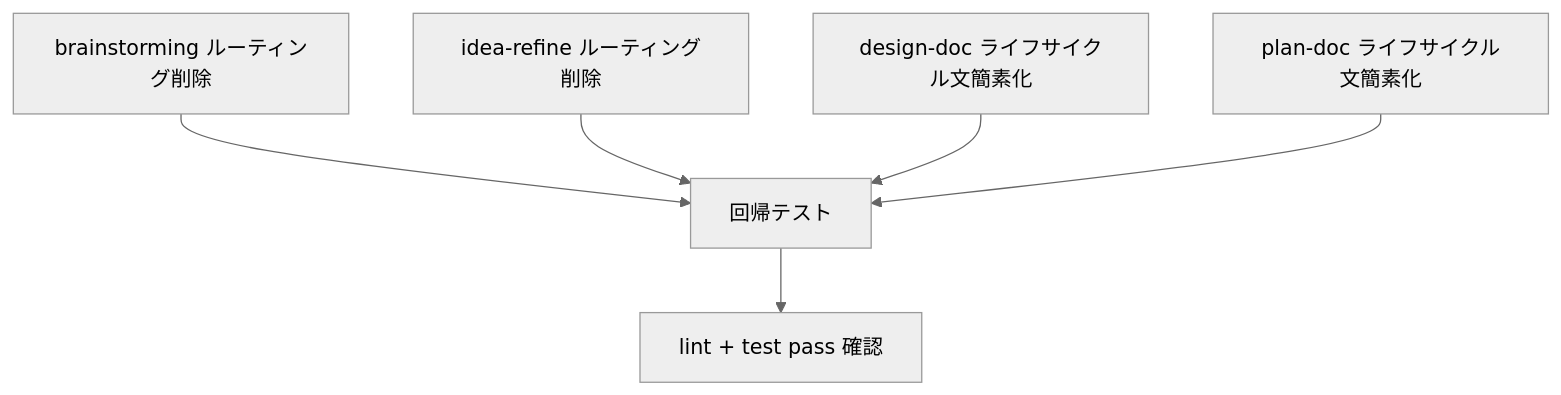
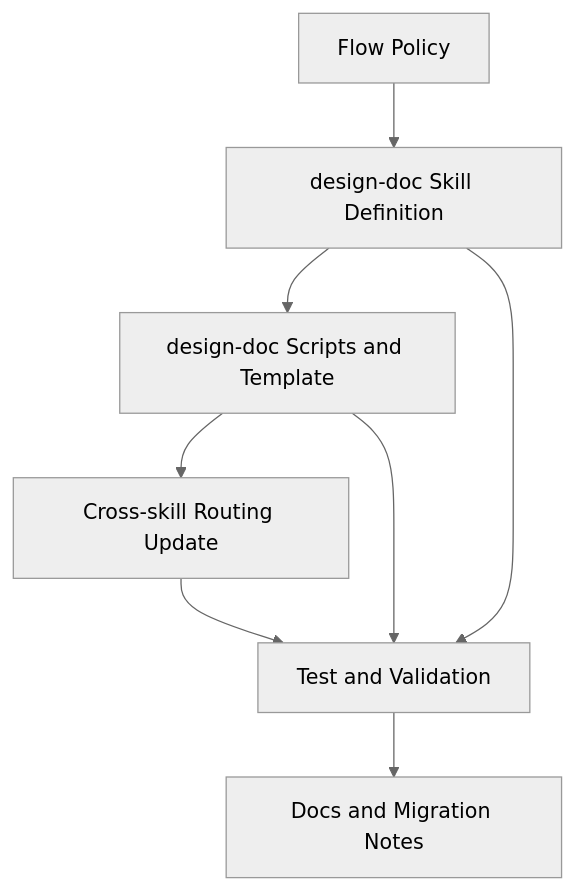
One commit to scarecrow173/apm-packages changed the diagram in packages/doc-driven-dev-apm/tasks/plan.md. Above: the diagram before and after it, drawn with Mermaid (neutral theme). The commit also changed other lines of this file and 44 other files, not shown here.

First line of the commit message:
feat(doc-driven-dev-apm): add implementation workflow skills and implementation-flow meta skill

````diff
--- a/packages/doc-driven-dev-apm/tasks/plan.md
+++ b/packages/doc-driven-dev-apm/tasks/plan.md
@@ -26,8 +22,10 @@
 ```mermaid
 graph TD
-  A[brainstorming ルーティング削除] --> E[回帰テスト]
-  B[idea-refine ルーティング削除] --> E
-  C[design-doc ライフサイクル文簡素化] --> E
-  D[plan-doc ライフサイクル文簡素化] --> E
-  E --> F[lint + test pass 確認]
+  A[Flow Policy] --> B[design-doc Skill Definition]
+  B --> C[design-doc Scripts and Template]
+  C --> D[Cross-skill Routing Update]
+  D --> E[Test and Validation]
+  B --> E
+  C --> E
+  E --> F[Docs and Migration Notes]
 ```
````
